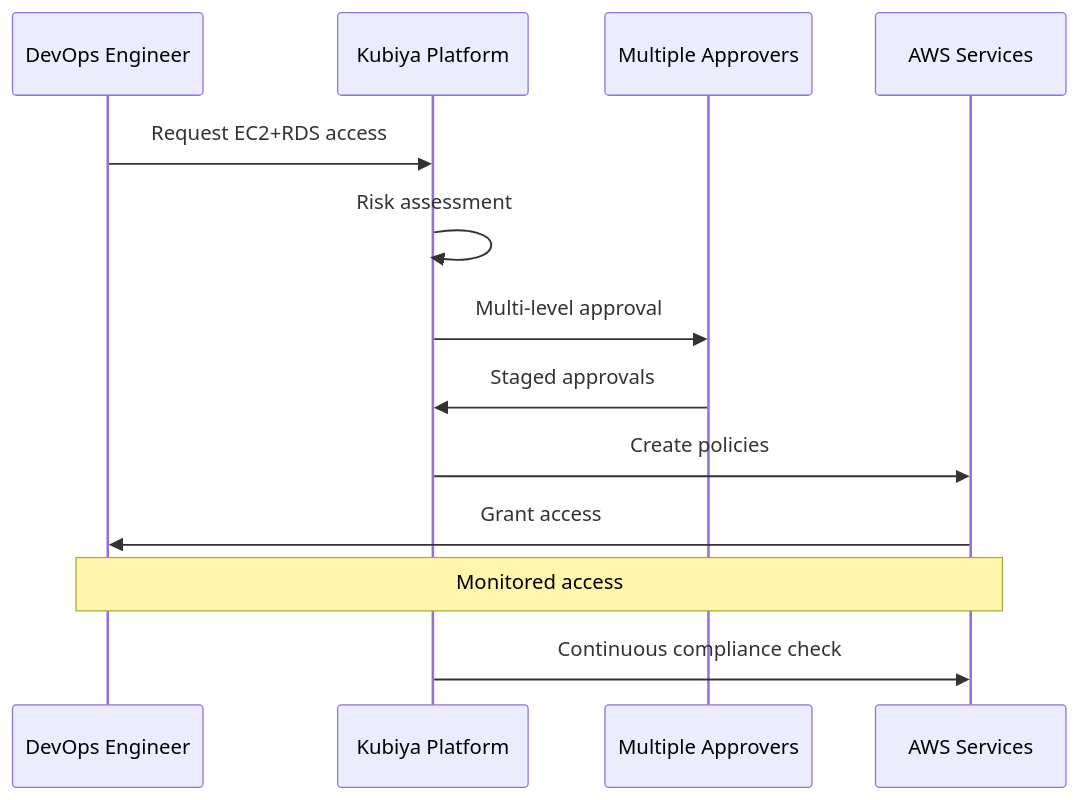
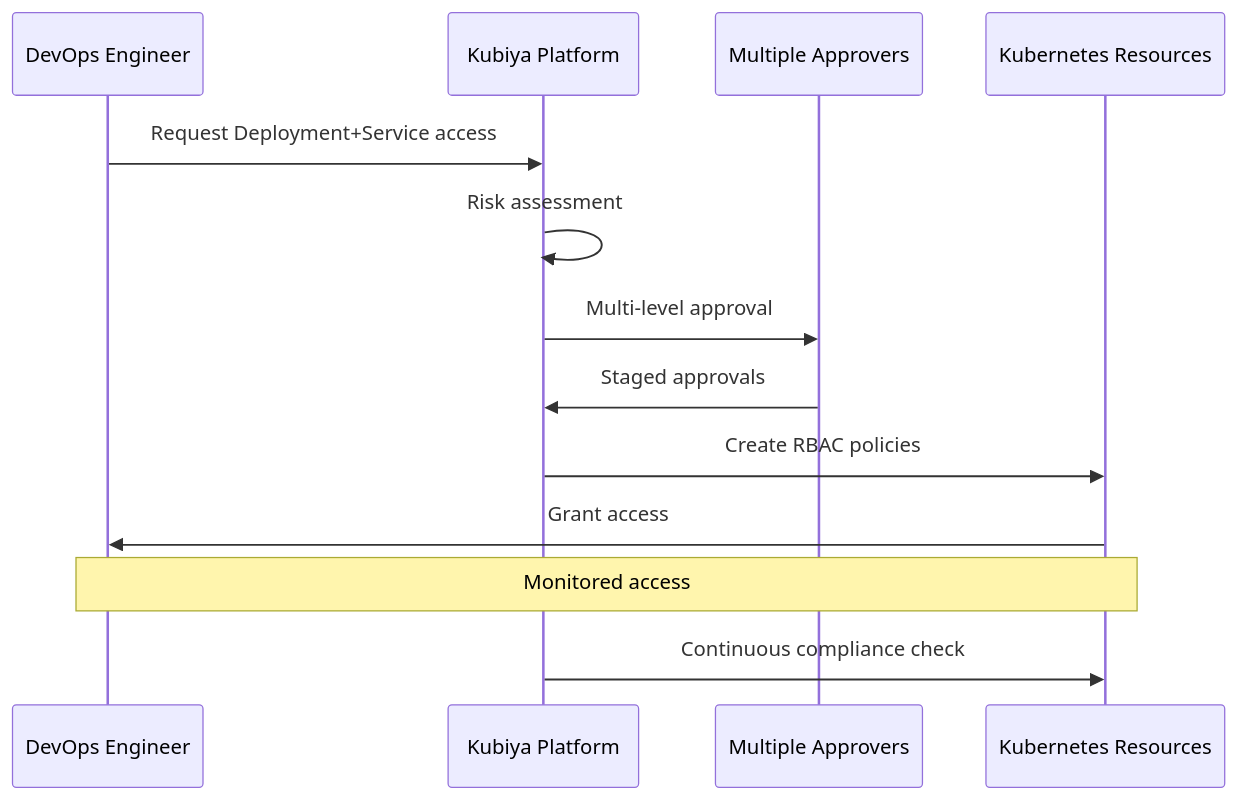
One commit to kubiyabot/terraform-modules changed the fifth of 5 diagrams in kubernetes-jit/terraform/README.md. Above: the diagram before and after it, drawn with Mermaid. The commit also changed other lines of this file, not shown here.

````diff
--- a/kubernetes-jit/terraform/README.md
+++ b/kubernetes-jit/terraform/README.md
@@ -226,16 +243,16 @@
 ```mermaid
 sequenceDiagram
     participant DevOps as DevOps Engineer
     participant Kubiya as Kubiya Platform
     participant Approvers as Multiple Approvers
-    participant AWS as AWS Services
+    participant K8s as Kubernetes Resources
     
-    DevOps->>Kubiya: Request EC2+RDS access
+    DevOps->>Kubiya: Request Deployment+Service access
     Kubiya->>Kubiya: Risk assessment
     Kubiya->>Approvers: Multi-level approval
     Approvers->>Kubiya: Staged approvals
-    Kubiya->>AWS: Create policies
-    AWS->>DevOps: Grant access
-    Note over DevOps,AWS: Monitored access
-    Kubiya->>AWS: Continuous compliance check
+    Kubiya->>K8s: Create RBAC policies
+    K8s->>DevOps: Grant access
+    Note over DevOps,K8s: Monitored access
+    Kubiya->>K8s: Continuous compliance check
 ```
````
